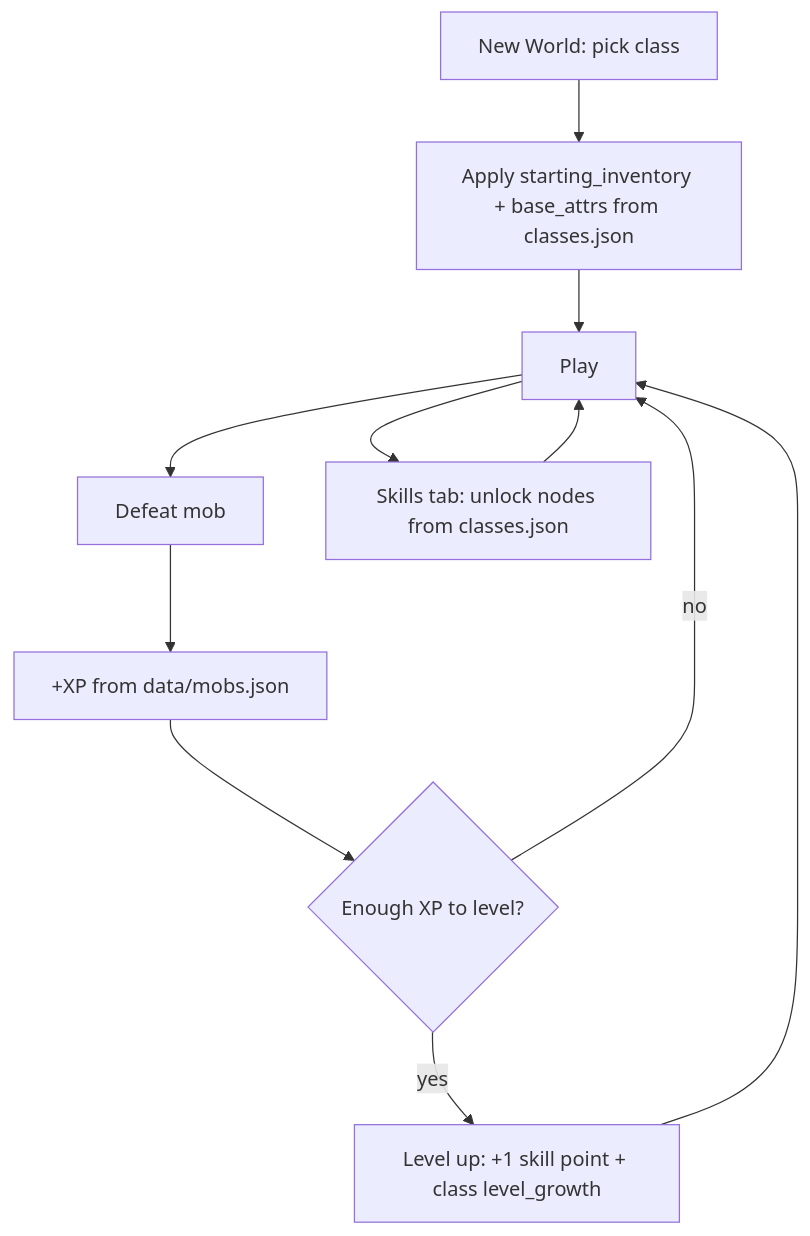
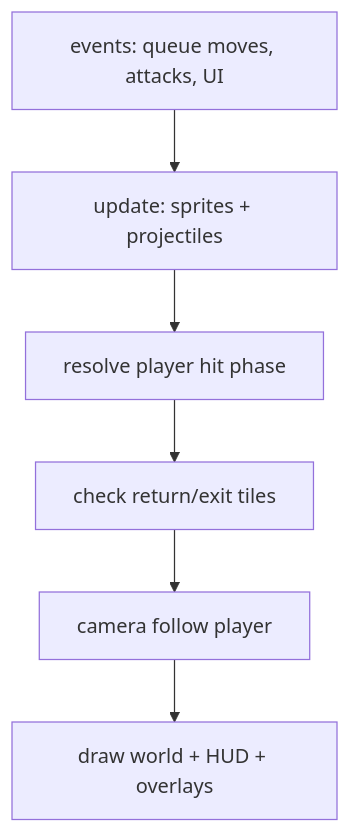
The sixth of 6 diagrams in README.md (paarth-r/rajpal_paarth_my_game_spr2026), drawn with Mermaid before and after one commit. The commit also changed other lines of this file and 6 other files, not shown here.

````diff
--- a/README.md
+++ b/README.md
@@ -266,13 +367,8 @@
 ```mermaid
 flowchart TD
-  N1[New World: pick class] --> N2[Apply starting_inventory + base_attrs from classes.json]
-  N2 --> P[Play]
-  P --> K[Defeat mob]
-  K --> X[+XP from data/mobs.json]
-  X --> L{Enough XP to level?}
-  L -->|yes| U[Level up: +1 skill point + class level_growth]
-  U --> P
-  L -->|no| P
-  P --> S[Skills tab: unlock nodes from classes.json]
-  S --> P
+    A[events: queue moves, attacks, UI] --> B[update: sprites + projectiles]
+    B --> C[resolve player hit phase]
+    C --> D[check return/exit tiles]
+    D --> E[camera follow player]
+    E --> F[draw world + HUD + overlays]
 ```
````
